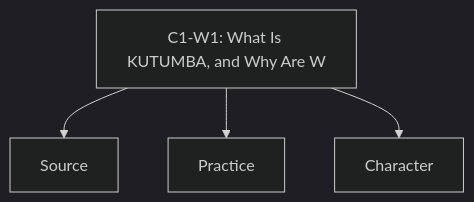
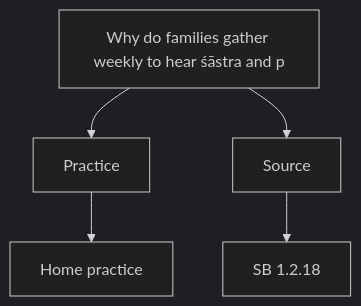
Before and after one commit to swap2you/kutumba-family-program: the diagram in 11-weekly-program-library/first-six-months/c1-w1-what-is-kutumba-and-why-are-we-here/visuals/concept-map.mmd, drawn with Mermaid (dark theme). The commit also changed 155 other files, not shown here.

```diff
--- a/11-weekly-program-library/first-six-months/c1-w1-what-is-kutumba-and-why-are-we-here/visuals/concept-map.mmd
+++ b/11-weekly-program-library/first-six-months/c1-w1-what-is-kutumba-and-why-are-we-here/visuals/concept-map.mmd
@@ -1,4 +1,5 @@
-flowchart TD
-  A[C1-W1: What Is KUTUMBA, and Why Are W] --> B[Source]
-  A --> C[Practice]
-  A --> D[Character]
+flowchart TB
+  Q["Why do families gather weekly to hear śāstra and p"] --> P[Practice]
+  Q --> S[Source]
+  S --> V[SB 1.2.18]
+  P --> H[Home practice]
```
